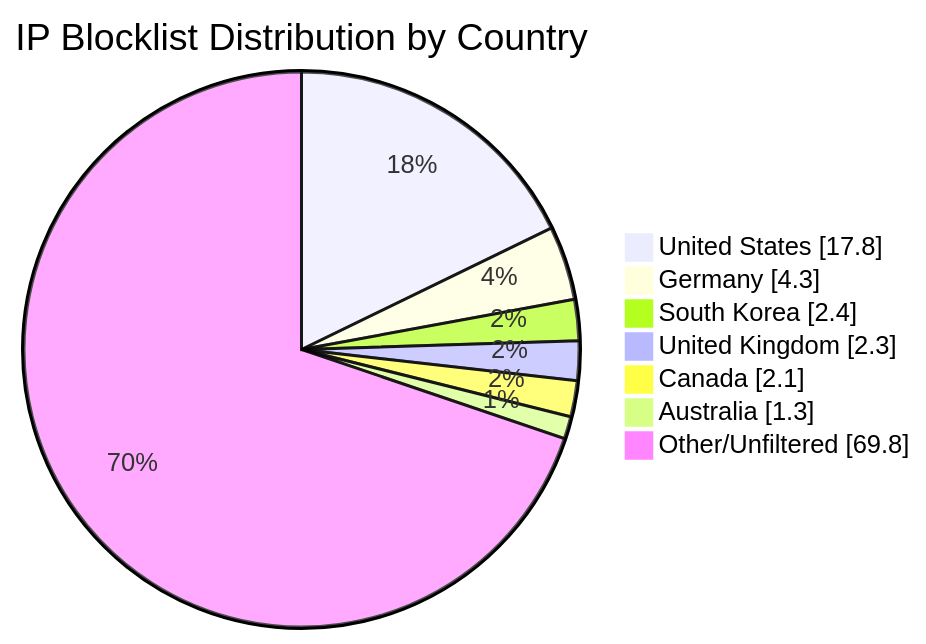
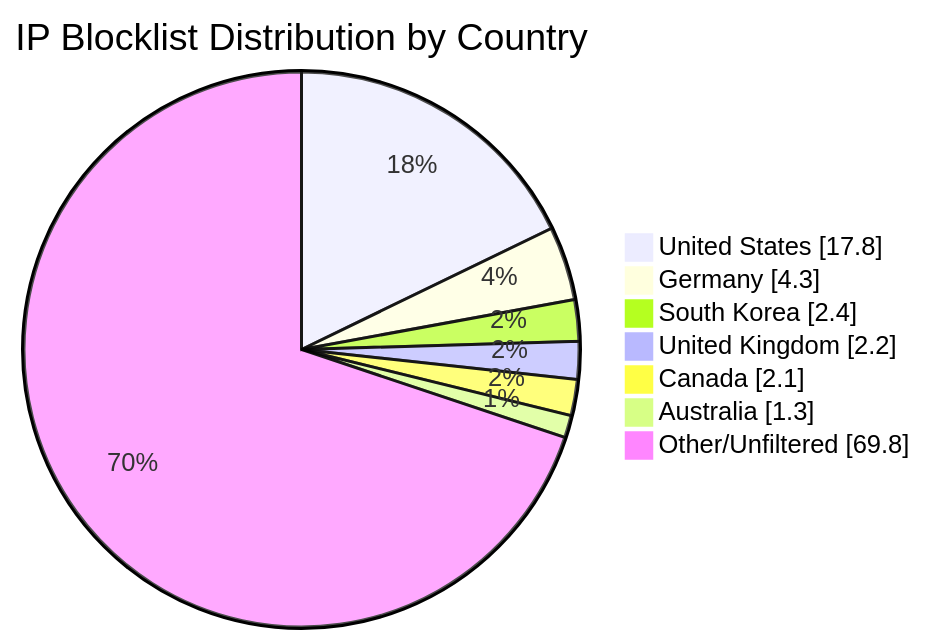
Before and after one commit to MarcusHoltz/ipblocklist-geofiltered-aggregator: the diagram in README.md, drawn with Mermaid. The commit also changed other lines of this file and 9 other files, not shown here.

````diff
--- a/README.md
+++ b/README.md
@@ -34,10 +34,10 @@
 ```mermaid
 pie showData title IP Blocklist Distribution by Country
 "United States" : 17.8
 "Germany" : 4.3
 "South Korea" : 2.4
-"United Kingdom" : 2.3
+"United Kingdom" : 2.2
 "Canada" : 2.1
 "Australia" : 1.3
 "Other/Unfiltered" : 69.8
 ```
````
